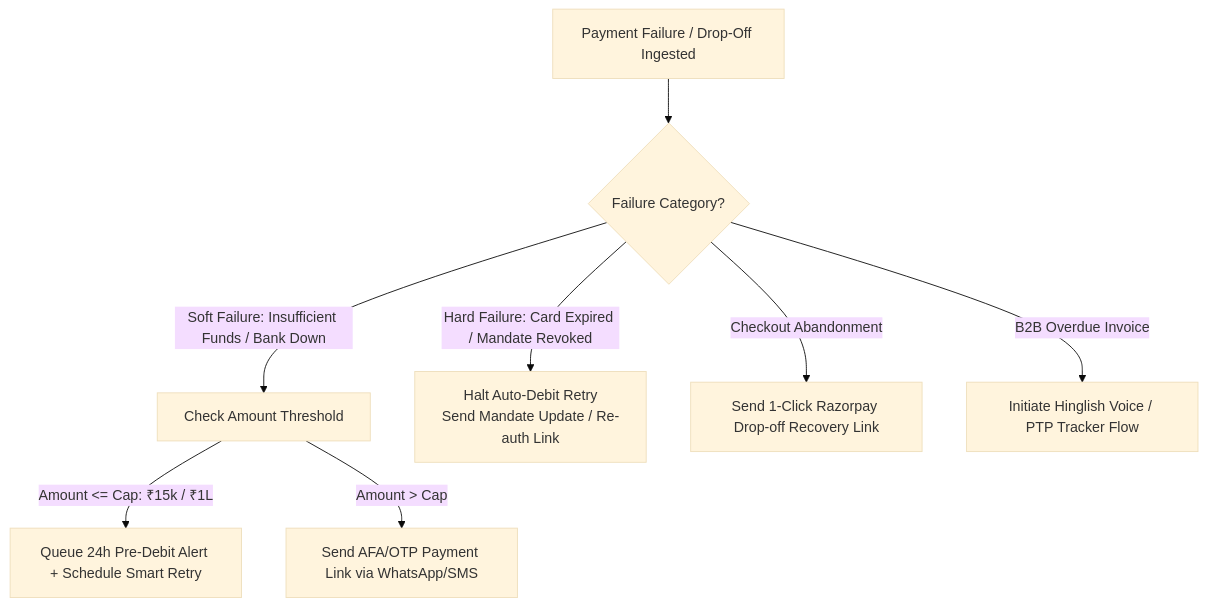
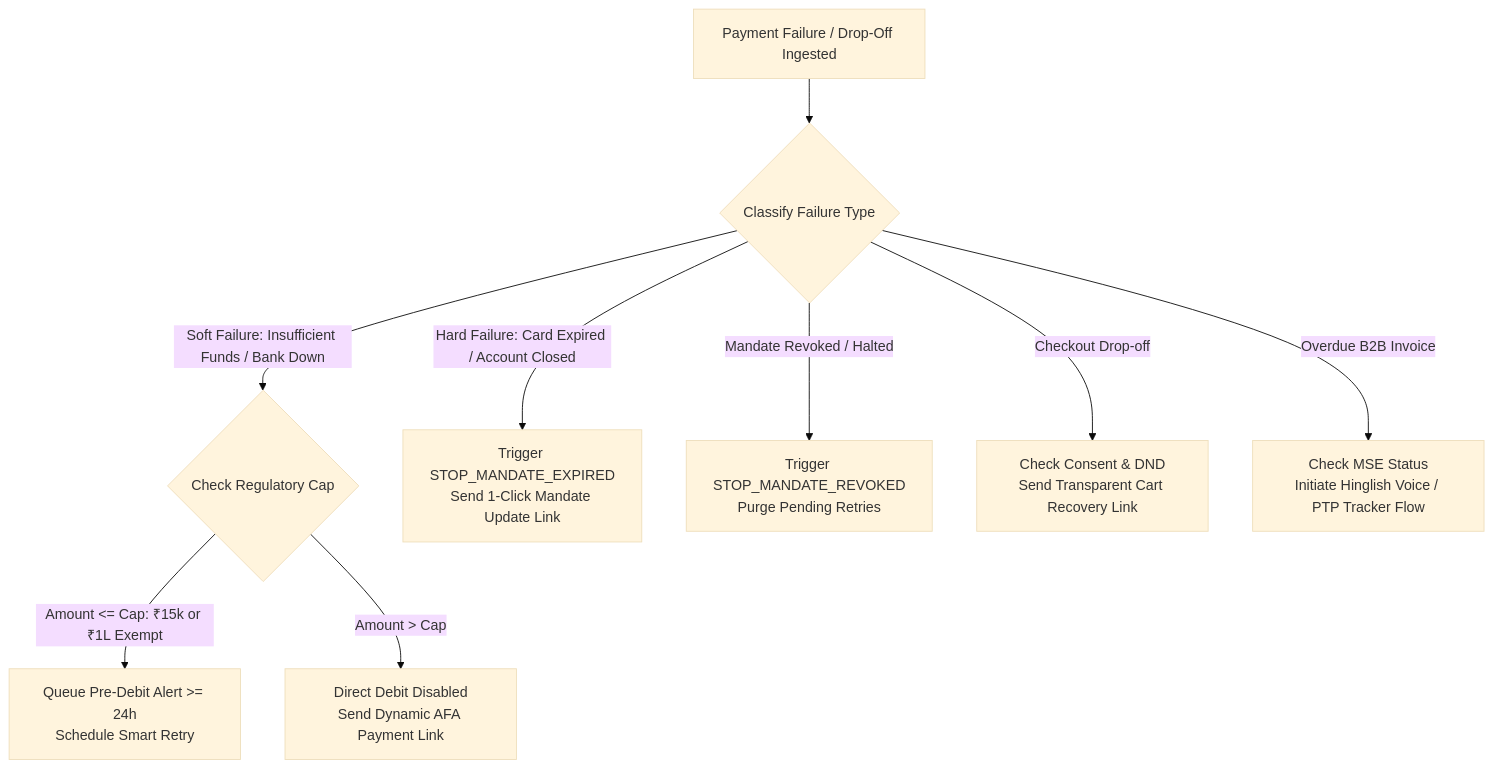
Before and after one commit to Harmit07/razorpay-ai-challenge: the diagram in compliance-rules.md, drawn with Mermaid (base theme). The commit also changed other lines of this file, not shown here.

Commit message:
docs: restructure compliance-rules.md into dual-layer statutory vs internal policy architecture with all 25 precision corrections

````diff
--- a/compliance-rules.md
+++ b/compliance-rules.md
@@ -95,14 +141,16 @@
 ```mermaid
 flowchart TD
-    A[Payment Failure / Drop-Off Ingested] --> B{Failure Category?}
+    A[Payment Failure / Drop-Off Ingested] --> B{Classify Failure Type}
     
-    B -->|Soft Failure: Insufficient Funds / Bank Down| C[Check Amount Threshold]
-    C -->|Amount <= Cap: ₹15k / ₹1L| D[Queue 24h Pre-Debit Alert + Schedule Smart Retry]
-    C -->|Amount > Cap| E[Send AFA/OTP Payment Link via WhatsApp/SMS]
+    B -->|Soft Failure: Insufficient Funds / Bank Down| C{Check Regulatory Cap}
+    C -->|Amount <= Cap: ₹15k or ₹1L Exempt| D[Queue Pre-Debit Alert >= 24h<br/>Schedule Smart Retry]
+    C -->|Amount > Cap| E[Direct Debit Disabled<br/>Send Dynamic AFA Payment Link]
     
-    B -->|Hard Failure: Card Expired / Mandate Revoked| F[Halt Auto-Debit Retry<br/>Send Mandate Update / Re-auth Link]
+    B -->|Hard Failure: Card Expired / Account Closed| F[Trigger STOP_MANDATE_EXPIRED<br/>Send 1-Click Mandate Update Link]
     
-    B -->|Checkout Abandonment| G[Send 1-Click Razorpay Drop-off Recovery Link]
+    B -->|Mandate Revoked / Halted| G[Trigger STOP_MANDATE_REVOKED<br/>Purge Pending Retries]
     
-    B -->|B2B Overdue Invoice| H[Initiate Hinglish Voice / PTP Tracker Flow]
+    B -->|Checkout Drop-off| H[Check Consent & DND<br/>Send Transparent Cart Recovery Link]
+    
+    B -->|Overdue B2B Invoice| I[Check MSE Status<br/>Initiate Hinglish Voice / PTP Tracker Flow]
 ```
````
